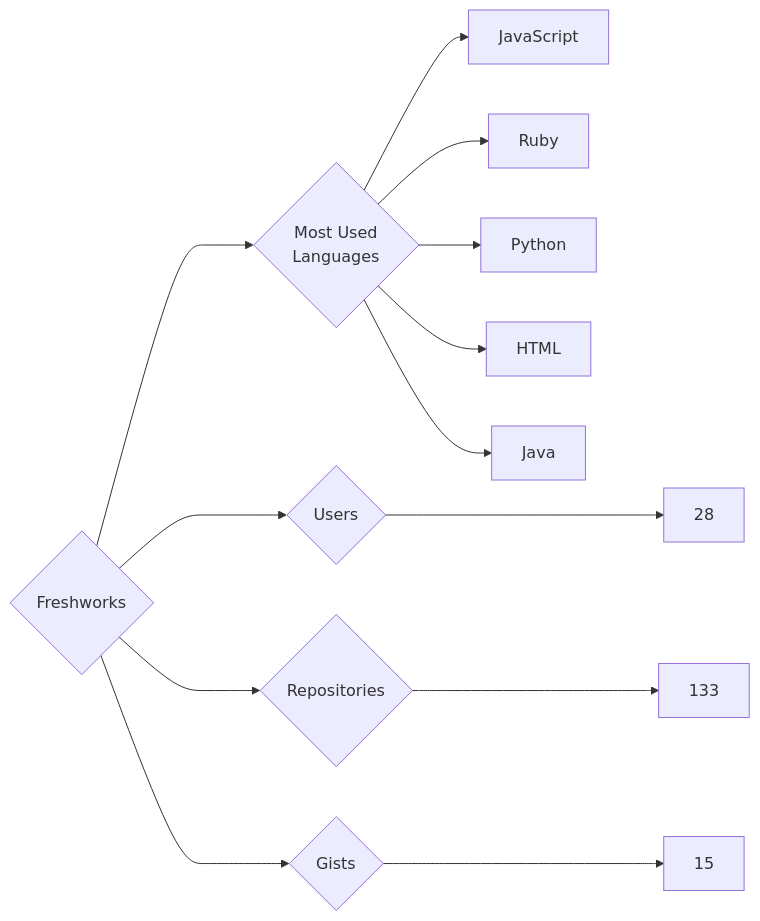
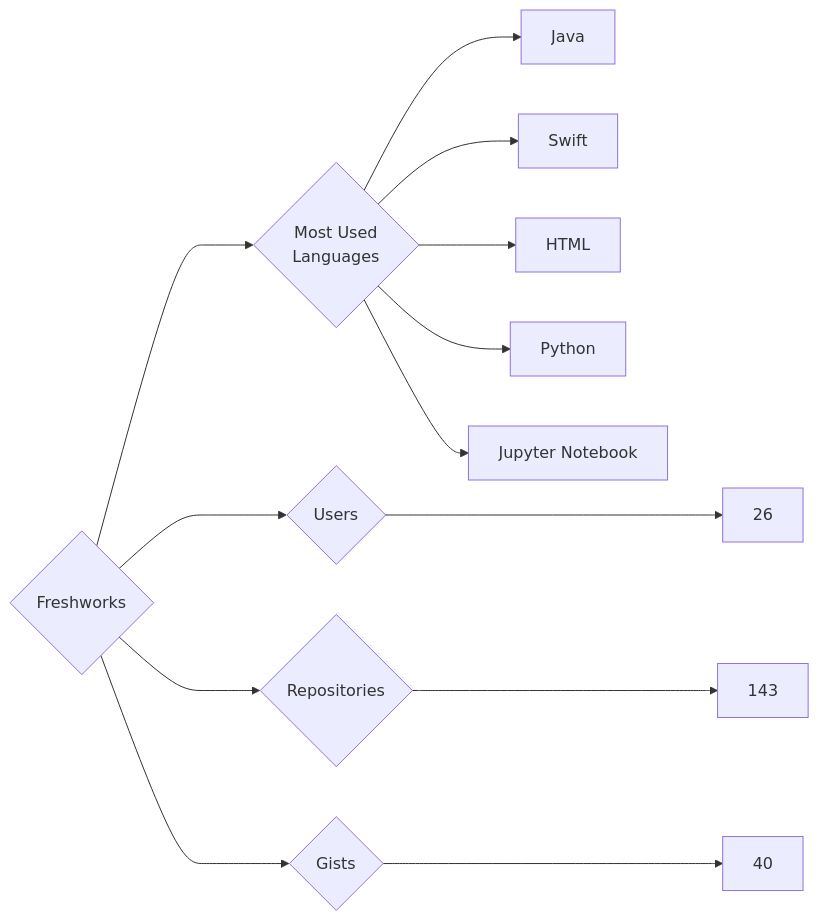
One commit to trickest/insiders changed the diagram in targets/Freshworks/README.md. Above: the diagram before and after it, drawn with Mermaid. The commit also changed 750 other files, not shown here.

````diff
--- a/targets/Freshworks/README.md
+++ b/targets/Freshworks/README.md
@@ -3,13 +3,13 @@
 ```mermaid
 graph LR
 COMPANY_NAME{Freshworks}
-COMPANY_NAME ---> U{Users} ---> UN[28]
-COMPANY_NAME ---> R{Repositories} ---> RN[133]
-COMPANY_NAME ---> G{Gists} ---> GN[15]
+COMPANY_NAME ---> U{Users} ---> UN[26]
+COMPANY_NAME ---> R{Repositories} ---> RN[143]
+COMPANY_NAME ---> G{Gists} ---> GN[40]
 COMPANY_NAME ---> ML{Most Used<br>Languages}
-ML --> JavaScript[JavaScript]
-ML --> Ruby[Ruby]
+ML --> Java[Java]
+ML --> Swift[Swift]
+ML --> HTML[HTML]
 ML --> Python[Python]
-ML --> HTML[HTML]
-ML --> Java[Java]
+ML --> Jupyter_Notebook[Jupyter Notebook]
 ```
````
